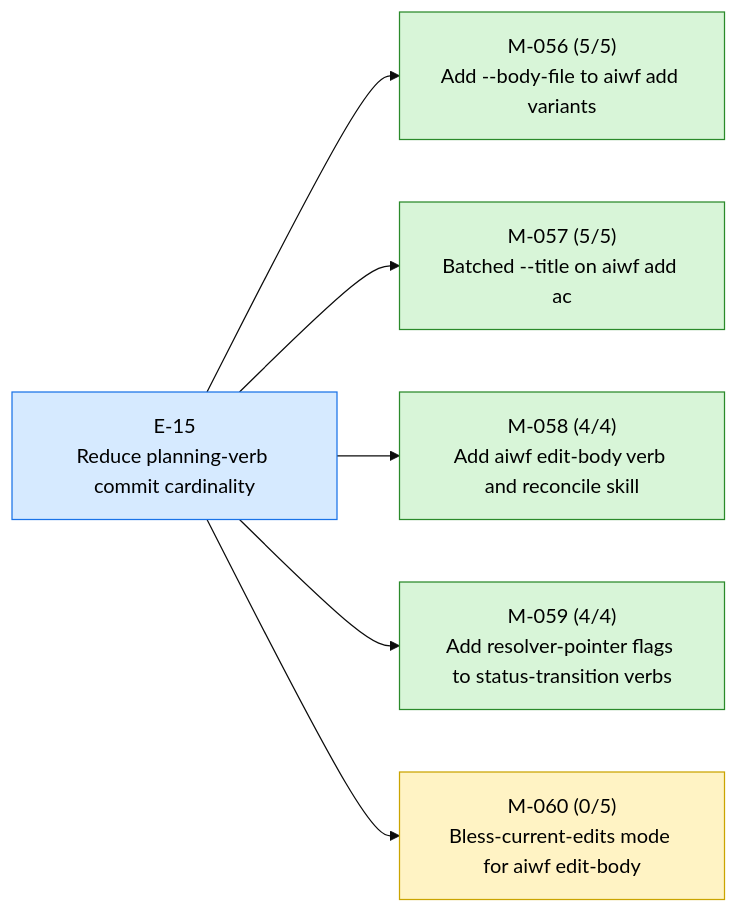
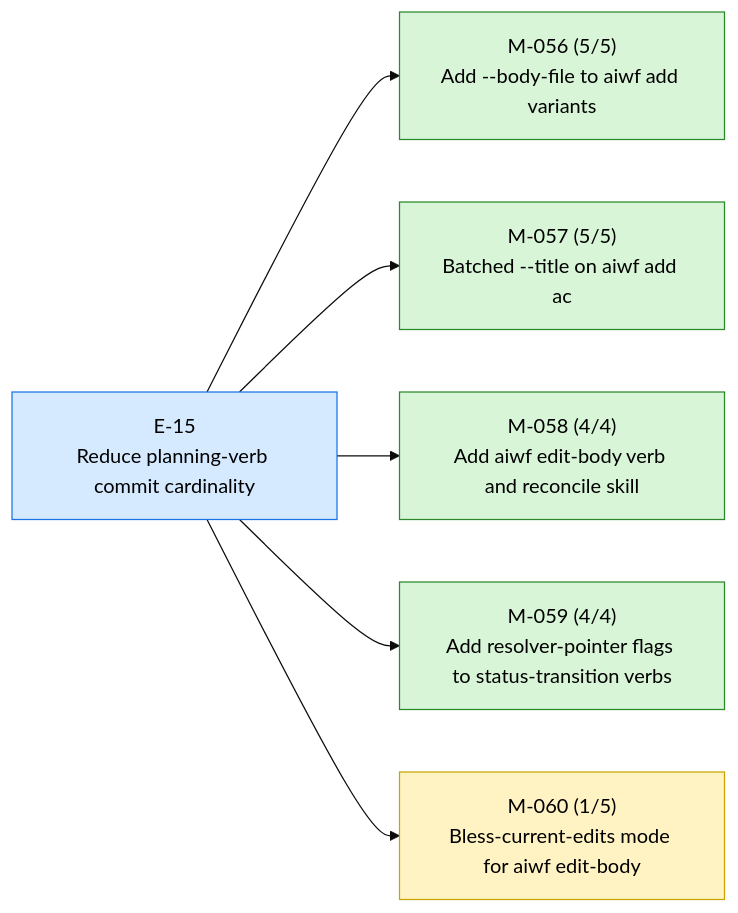
Before and after one commit to 23min/aiwf: the first of 3 diagrams in STATUS.md, drawn with Mermaid (base theme). The commit also changed other lines of this file and 1 other file, not shown here.

Commit message:
aiwf promote M-060/AC-1 open -> met
aiwf-verb: promote
aiwf-entity: M-060/AC-1
aiwf-actor: human/peter
aiwf-to: met

````diff
--- a/STATUS.md
+++ b/STATUS.md
@@ -15,20 +15,20 @@
 ```mermaid
 flowchart LR
   E_15["E-15<br/>Reduce planning-verb commit cardinality"]:::epic_active
   M_056["M-056 (5/5)<br/>Add --body-file to aiwf add variants"]:::ms_done
   E_15 --> M_056
   M_057["M-057 (5/5)<br/>Batched --title on aiwf add ac"]:::ms_done
   E_15 --> M_057
   M_058["M-058 (4/4)<br/>Add aiwf edit-body verb and reconcile skill"]:::ms_done
   E_15 --> M_058
   M_059["M-059 (4/4)<br/>Add resolver-pointer flags to status-transition verbs"]:::ms_done
   E_15 --> M_059
-  M_060["M-060 (0/5)<br/>Bless-current-edits mode for aiwf edit-body"]:::ms_in_progress
+  M_060["M-060 (1/5)<br/>Bless-current-edits mode for aiwf edit-body"]:::ms_in_progress
   E_15 --> M_060
   classDef epic_active fill:#d6eaff,stroke:#1a73e8,color:#000
   classDef epic_proposed fill:#f4f4f4,stroke:#888,color:#000
   classDef ms_done fill:#d8f5d8,stroke:#2a8a2a,color:#000
   classDef ms_in_progress fill:#fff3c4,stroke:#caa400,color:#000
   classDef ms_draft fill:#f4f4f4,stroke:#888,color:#000
   classDef ms_cancelled fill:#fbeaea,stroke:#c33,color:#000
 ```
````
